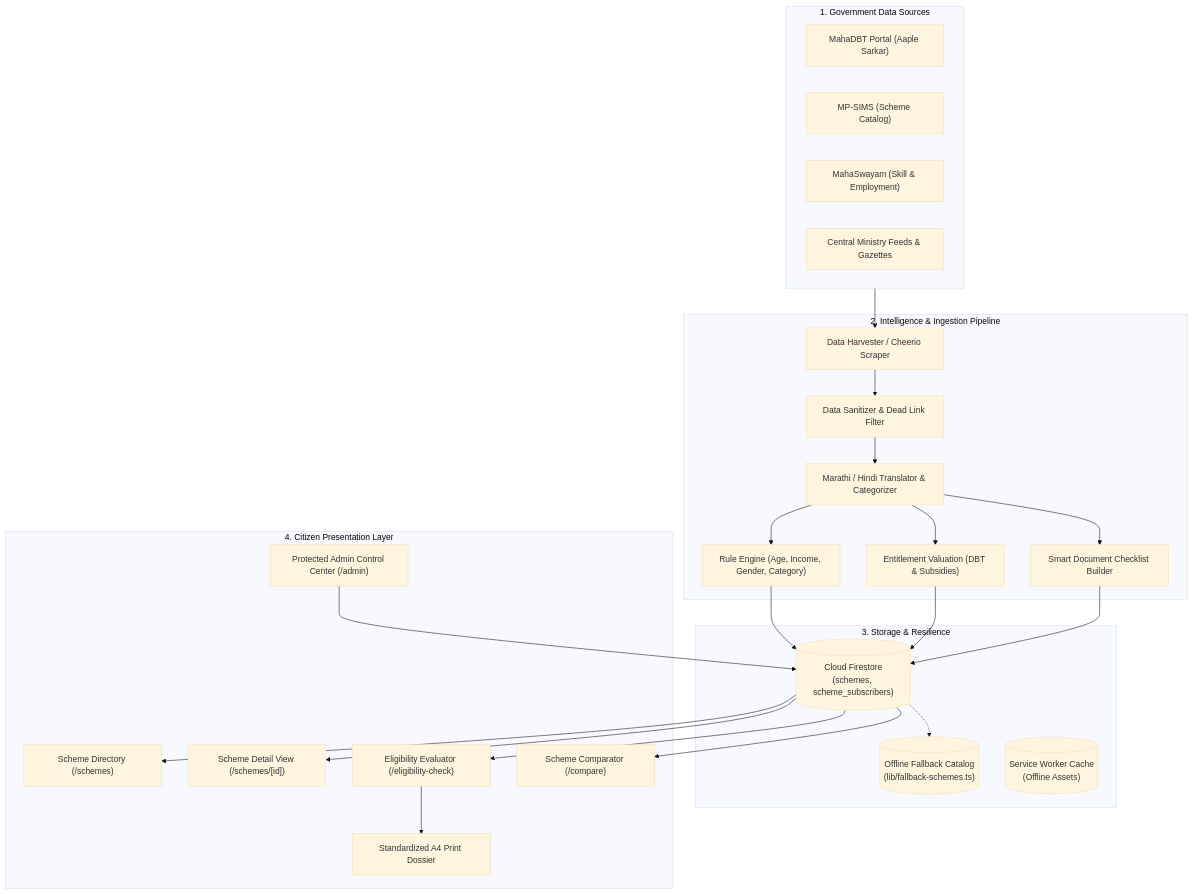
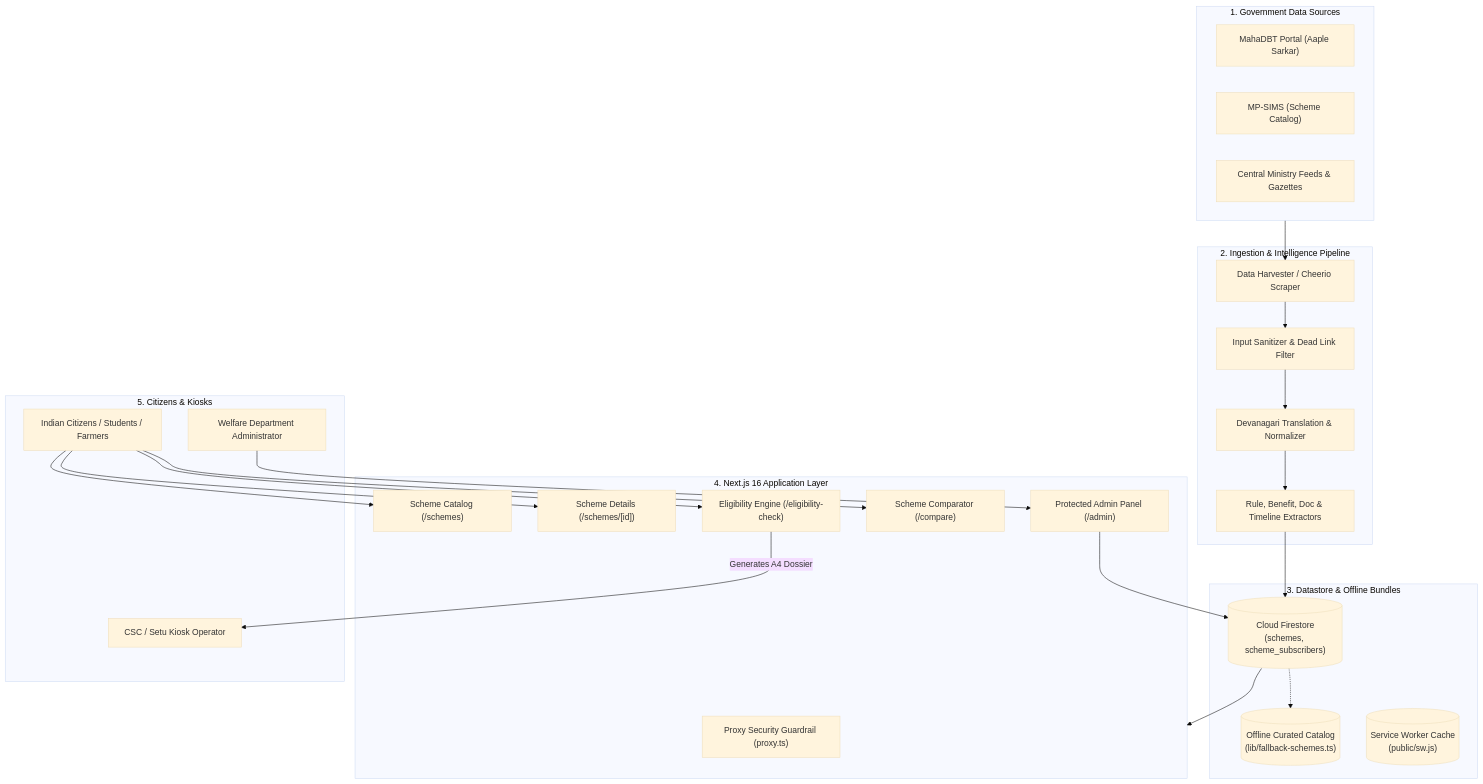
Before and after one commit to PrashantJaybhaye/Digital-Welfare: the diagram in README.md, drawn with Mermaid (base theme). The commit also changed other lines of this file and 5 other files, not shown here.

````diff
--- a/README.md
+++ b/README.md
@@ -84,41 +198,43 @@
 ```mermaid
 flowchart TD
     subgraph Sources [1. Government Data Sources]
         MahaDBT["MahaDBT Portal (Aaple Sarkar)"]
         MPSIMS["MP-SIMS (Scheme Catalog)"]
-        MahaSwayam["MahaSwayam (Skill & Employment)"]
         CentralGazettes["Central Ministry Feeds & Gazettes"]
     end
 
-    subgraph Pipeline [2. Intelligence & Ingestion Pipeline]
+    subgraph Pipeline [2. Ingestion & Intelligence Pipeline]
         Harvester["Data Harvester / Cheerio Scraper"]
-        Validator["Data Sanitizer & Dead Link Filter"]
-        Normalizer["Marathi / Hindi Translator & Categorizer"]
-        RuleExtractor["Rule Engine (Age, Income, Gender, Category)"]
-        BenefitExtractor["Entitlement Valuation (DBT & Subsidies)"]
-        DocExtractor["Smart Document Checklist Builder"]
+        Validator["Input Sanitizer & Dead Link Filter"]
+        Normalizer["Devanagari Translation & Normalizer"]
+        Extractors["Rule, Benefit, Doc & Timeline Extractors"]
     end
 
-    subgraph Datastore [3. Storage & Resilience]
+    subgraph Storage [3. Datastore & Offline Bundles]
         Firestore[("Cloud Firestore<br/>(schemes, scheme_subscribers)")]
-        LocalCatalog[("Offline Fallback Catalog<br/>(lib/fallback-schemes.ts)")]
-        SWCache[("Service Worker Cache<br/>(Offline Assets)")]
+        OfflineFallback[("Offline Curated Catalog<br/>(lib/fallback-schemes.ts)")]
+        SWCache[("Service Worker Cache<br/>(public/sw.js)")]
     end
 
-    subgraph WebApp [4. Citizen Presentation Layer]
-        CatalogUI["Scheme Directory (/schemes)"]
-        DetailUI["Scheme Detail View (/schemes/[id])"]
-        EngineUI["Eligibility Evaluator (/eligibility-check)"]
-        CompareUI["Scheme Comparator (/compare)"]
-        PrintDossier["Standardized A4 Print Dossier"]
-        AdminUI["Protected Admin Control Center (/admin)"]
+    subgraph AppLayer [4. Next.js 16 Application Layer]
+        Proxy["Proxy Security Guardrail (proxy.ts)"]
+        CatalogPage["Scheme Catalog (/schemes)"]
+        DetailPage["Scheme Details (/schemes/[id])"]
+        EnginePage["Eligibility Engine (/eligibility-check)"]
+        ComparePage["Scheme Comparator (/compare)"]
+        AdminDashboard["Protected Admin Panel (/admin)"]
     end
 
-    Sources --> Harvester --> Validator --> Normalizer
-    Normalizer --> RuleExtractor & BenefitExtractor & DocExtractor
-    RuleExtractor & BenefitExtractor & DocExtractor --> Firestore
-    Firestore -.-> LocalCatalog
-    Firestore --> CatalogUI & DetailUI & EngineUI & CompareUI
-    EngineUI --> PrintDossier
-    AdminUI --> Firestore
+    subgraph Actors [5. Citizens & Kiosks]
+        Citizen["Indian Citizens / Students / Farmers"]
+        CSCOperator["CSC / Setu Kiosk Operator"]
+        Admin["Welfare Department Administrator"]
+    end
+
+    Sources --> Harvester --> Validator --> Normalizer --> Extractors --> Firestore
+    Firestore -.-> OfflineFallback
+    Firestore --> AppLayer
+    Citizen --> CatalogPage & DetailPage & EnginePage & ComparePage
+    EnginePage -->|Generates A4 Dossier| CSCOperator
+    Admin --> AdminDashboard --> Firestore
 ```
````
